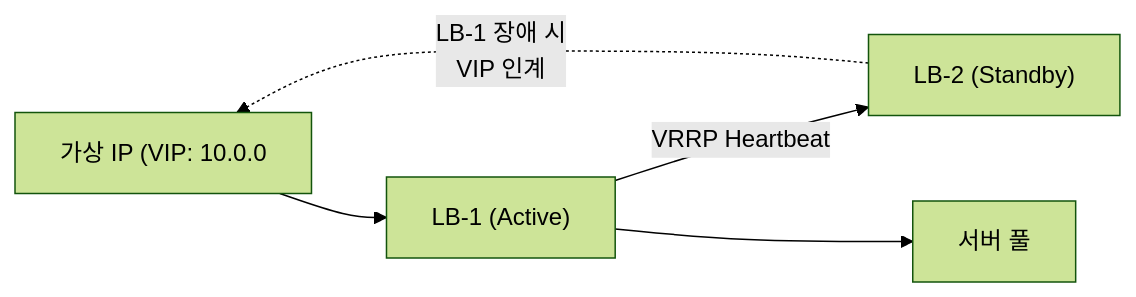
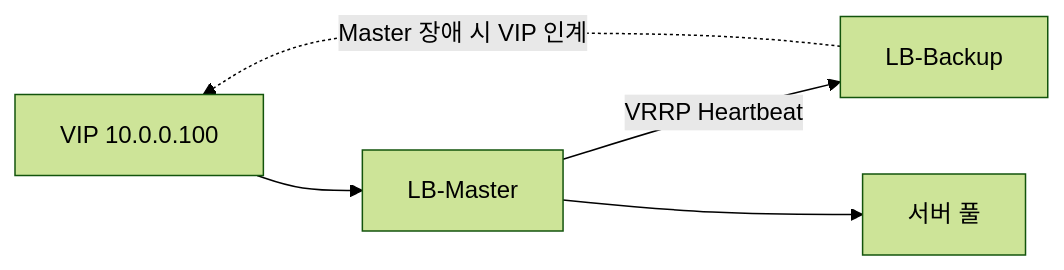
The eighth of 10 diagrams in _posts/network/2026-05-01-load-balancer.md (yjkim2015/yjkim2015.github.io), drawn with Mermaid (forest theme) before and after one commit. The commit also changed other lines of this file and 4 other files, not shown here.

````diff
--- a/_posts/network/2026-05-01-load-balancer.md
+++ b/_posts/network/2026-05-01-load-balancer.md
@@ -625,11 +1453,7 @@
 ```mermaid
 graph LR
-    VIP["가상 IP (VIP: 10.0.0"]
-    LB1["LB-1 (Active)"]
-    LB2["LB-2 (Standby)"]
-    SERVERS["서버 풀"]
-    VIP --> LB1
-    LB1 -->|"VRRP Heartbeat"| LB2
-    LB1 --> SERVERS
-    LB2 -.->|"LB-1 장애 시\nVIP 인계"| VIP
+    VIP["VIP 10.0.0.100"] --> M["LB-Master"]
+    M -->|"VRRP Heartbeat"| B["LB-Backup"]
+    M --> P["서버 풀"]
+    B -.->|"Master 장애 시 VIP 인계"| VIP
 ```
````
